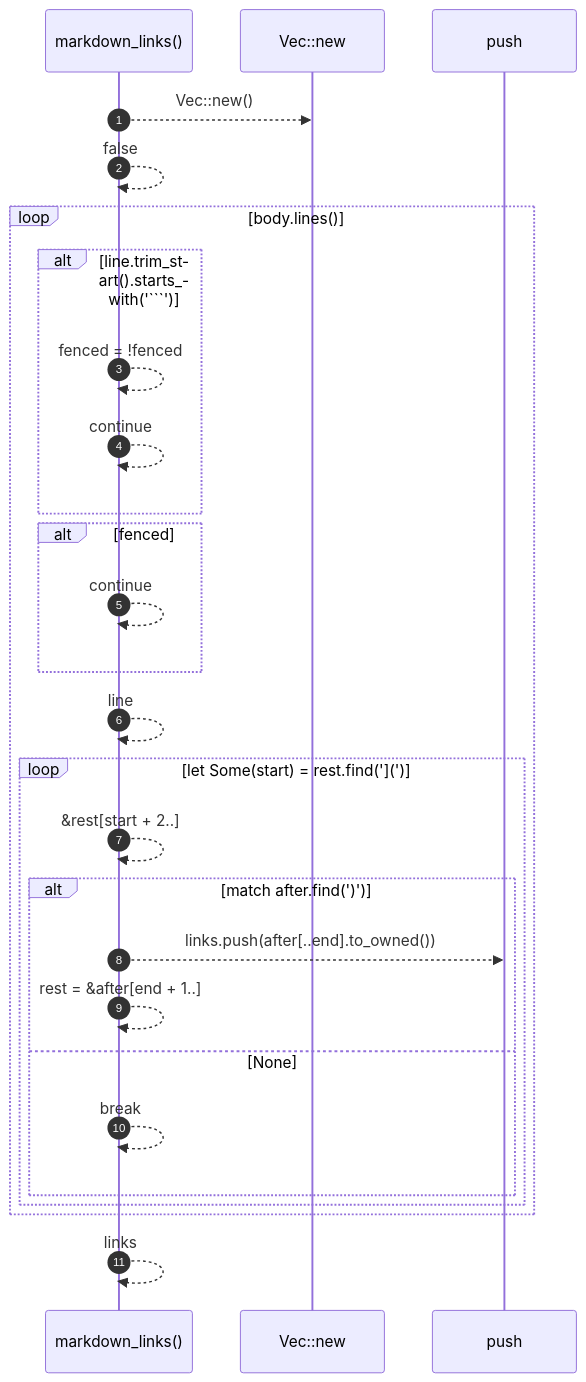
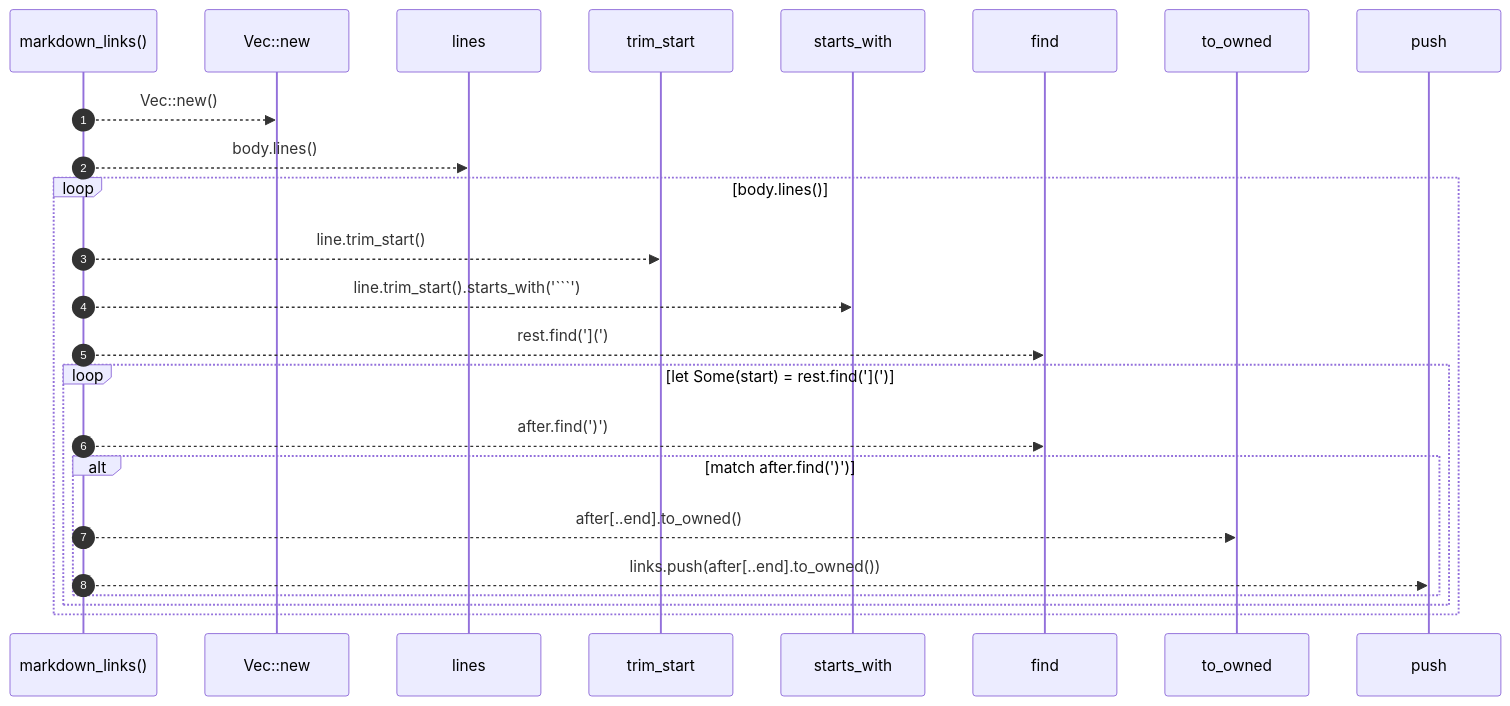
One commit to RyanGuild/self-describing-code changed the diagram in docs/self-model/robby_render/test_tree/markdown-links.md. Above: the diagram before and after it, drawn with Mermaid. The commit also changed other lines of this file and 1404 other files, not shown here.

````diff
--- a/docs/self-model/robby_render/test_tree/markdown-links.md
+++ b/docs/self-model/robby_render/test_tree/markdown-links.md
@@ -42,29 +42,26 @@
 ```mermaid
 sequenceDiagram
     autonumber
     participant markdown_links as markdown_links()
     participant Vec__new as Vec::new
+    participant lines as lines
+    participant trim_start as trim_start
+    participant starts_with as starts_with
+    participant find as find
+    participant to_owned as to_owned
     participant push as push
     markdown_links-->>Vec__new: Vec::new()
-    markdown_links-->>markdown_links: false
+    markdown_links-->>lines: body.lines()
     loop body.lines()
-    alt line.trim_start().starts_with('```')
-    markdown_links-->>markdown_links: fenced = !fenced
-    markdown_links-->>markdown_links: continue
-    end
-    alt fenced
-    markdown_links-->>markdown_links: continue
-    end
-    markdown_links-->>markdown_links: line
+    markdown_links-->>trim_start: line.trim_start()
+    markdown_links-->>starts_with: line.trim_start().starts_with('```')
+    markdown_links-->>find: rest.find('](')
     loop let Some(start) = rest.find('](')
-    markdown_links-->>markdown_links: &rest[start + 2..]
+    markdown_links-->>find: after.find(')')
     alt match after.find(')')
+    markdown_links-->>to_owned: after[..end].to_owned()
     markdown_links-->>push: links.push(after[..end].to_owned())
-    markdown_links-->>markdown_links: rest = &after[end + 1..]
-    else None
-    markdown_links-->>markdown_links: break
     end
     end
     end
-    markdown_links-->>markdown_links: links
 ```
````
